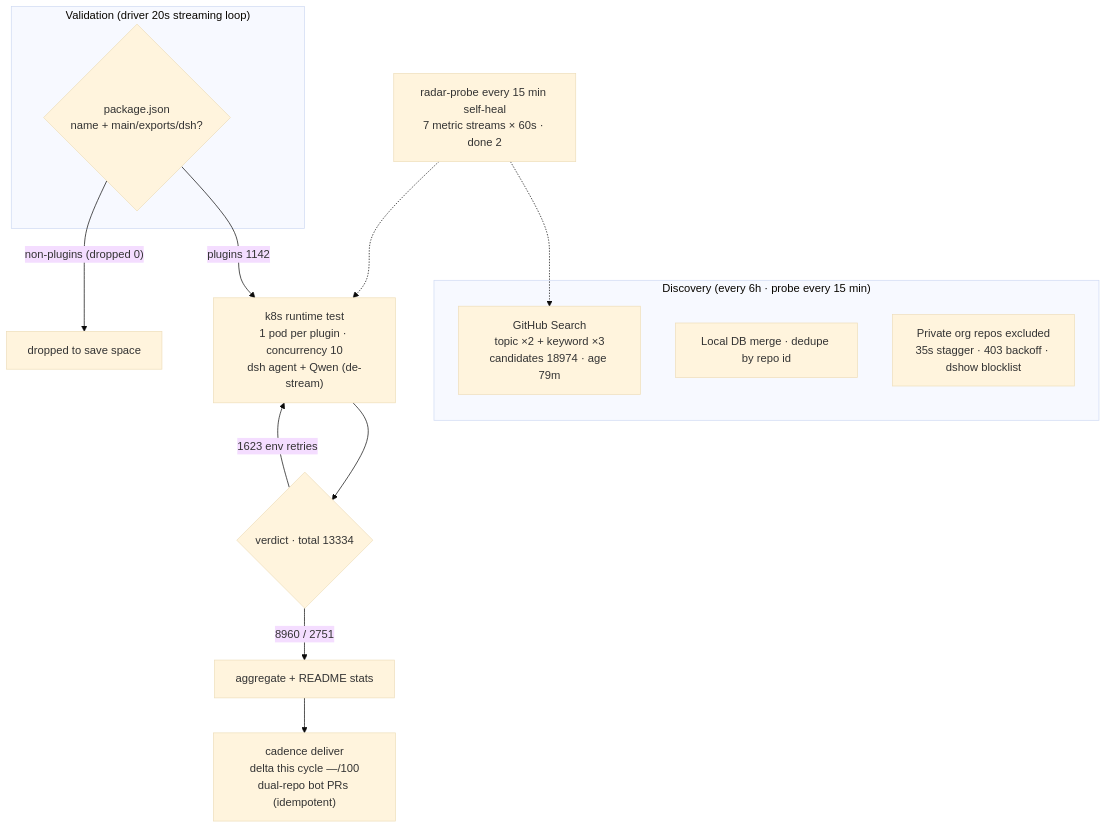
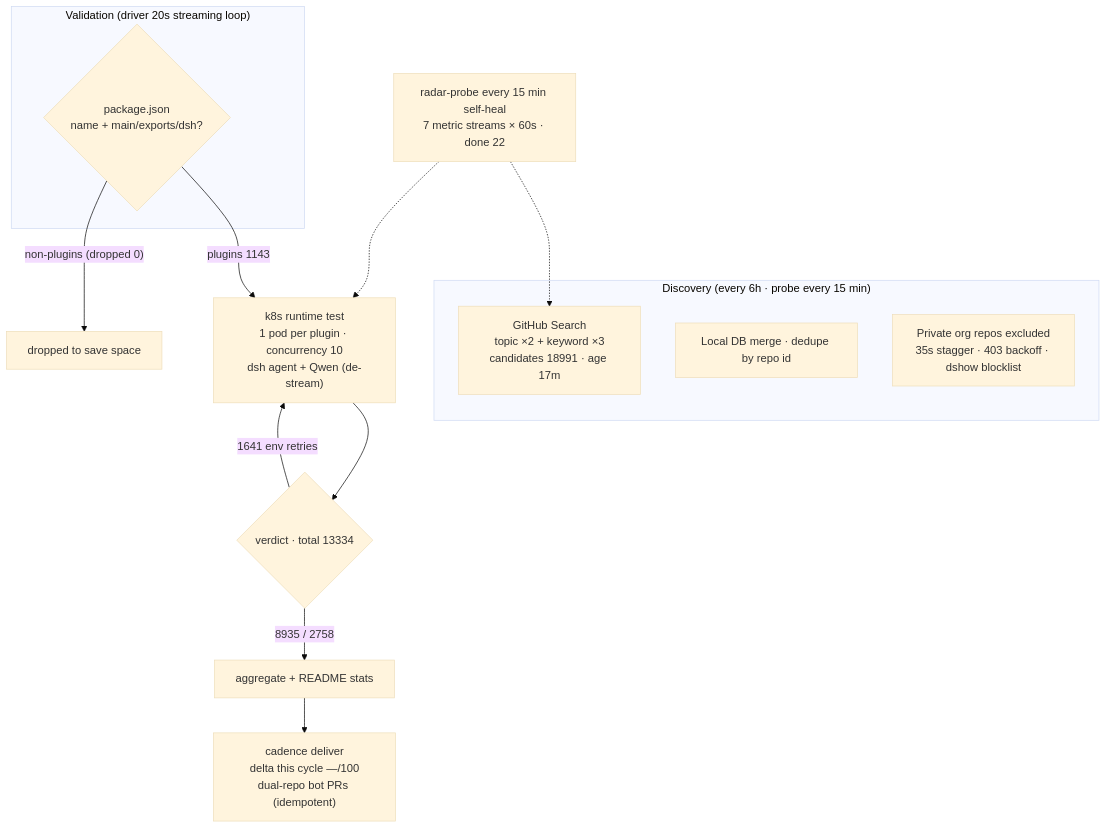
The diagram in README.en-US.md (AdamPlatin123/dsh-plugin-radar), drawn with Mermaid (base theme) before and after one commit. The commit also changed other lines of this file and 15 other files, not shown here.

````diff
--- a/README.en-US.md
+++ b/README.en-US.md
@@ -45,20 +45,20 @@
 ```mermaid
 flowchart TB
     subgraph Discovery["Discovery (every 6h · probe every 15 min)"]
-        A1["GitHub Search<br/>topic ×2 + keyword ×3<br/>candidates 18974 · age 79m"]
+        A1["GitHub Search<br/>topic ×2 + keyword ×3<br/>candidates 18991 · age 17m"]
         A2["Local DB merge · dedupe by repo id"]
         A3["Private org repos excluded<br/>35s stagger · 403 backoff · dshow blocklist"]
     end
     subgraph Validation["Validation (driver 20s streaming loop)"]
         B1{"package.json<br/>name + main/exports/dsh?"}
     end
-    B1 -->|"plugins 1142"| C1["k8s runtime test<br/>1 pod per plugin · concurrency 10<br/>dsh agent + Qwen (de-stream)"]
+    B1 -->|"plugins 1143"| C1["k8s runtime test<br/>1 pod per plugin · concurrency 10<br/>dsh agent + Qwen (de-stream)"]
     B1 -->|"non-plugins (dropped 0)"| B3["dropped to save space"]
     C1 --> D1{"verdict · total 13334"}
-    D1 -->|"8960 / 2751"| E1["aggregate + README stats"]
-    D1 -->|"1623 env retries"| C1
+    D1 -->|"8935 / 2758"| E1["aggregate + README stats"]
+    D1 -->|"1641 env retries"| C1
     E1 --> E2["cadence deliver<br/>delta this cycle —/100<br/>dual-repo bot PRs (idempotent)"]
-    M["radar-probe every 15 min self-heal<br/>7 metric streams × 60s · done 2"]
+    M["radar-probe every 15 min self-heal<br/>7 metric streams × 60s · done 22"]
     M -.-> A1
     M -.-> C1
 ```
````
